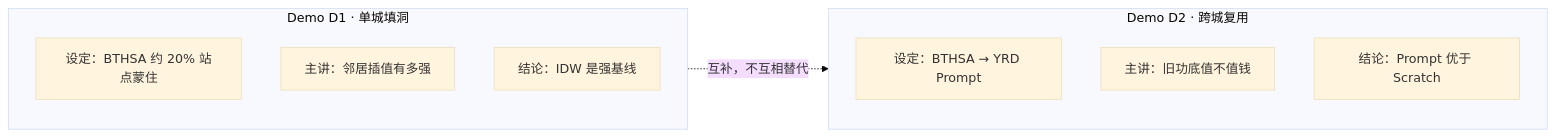
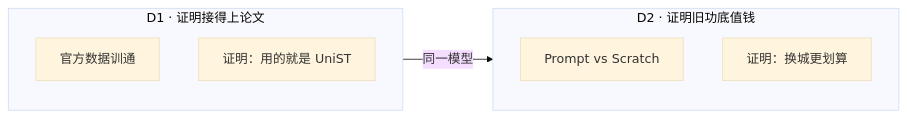
Before and after one commit to dxy123-dxy/EDA-Toolkit: the second of 4 diagrams in docs/阶段2-技术演示文稿.md, drawn with Mermaid (base theme). The commit also changed other lines of this file and 11 other files, not shown here.

````diff
--- a/docs/阶段2-技术演示文稿.md
+++ b/docs/阶段2-技术演示文稿.md
@@ -128,18 +131,12 @@
 ```mermaid
 flowchart LR
-  subgraph D1["Demo D1 · 单城填洞"]
-    direction TB
-    d1a["设定：BTHSA 约 20% 站点蒙住"]
-    d1b["主讲：邻居插值有多强"]
-    d1c["结论：IDW 是强基线"]
+  subgraph D1["D1 · 证明接得上论文"]
+    d1a["官方数据训通"]
+    d1b["证明：用的就是 UniST"]
   end
-
-  subgraph D2["Demo D2 · 跨城复用"]
-    direction TB
-    d2a["设定：BTHSA → YRD Prompt"]
-    d2b["主讲：旧功底值不值钱"]
-    d2c["结论：Prompt 优于 Scratch"]
+  subgraph D2["D2 · 证明旧功底值钱"]
+    d2a["Prompt vs Scratch"]
+    d2b["证明：换城更划算"]
   end
-
-  D1 -.->|"互补，不互相替代"| D2
+  D1 -->|"同一模型"| D2
 ```
````
